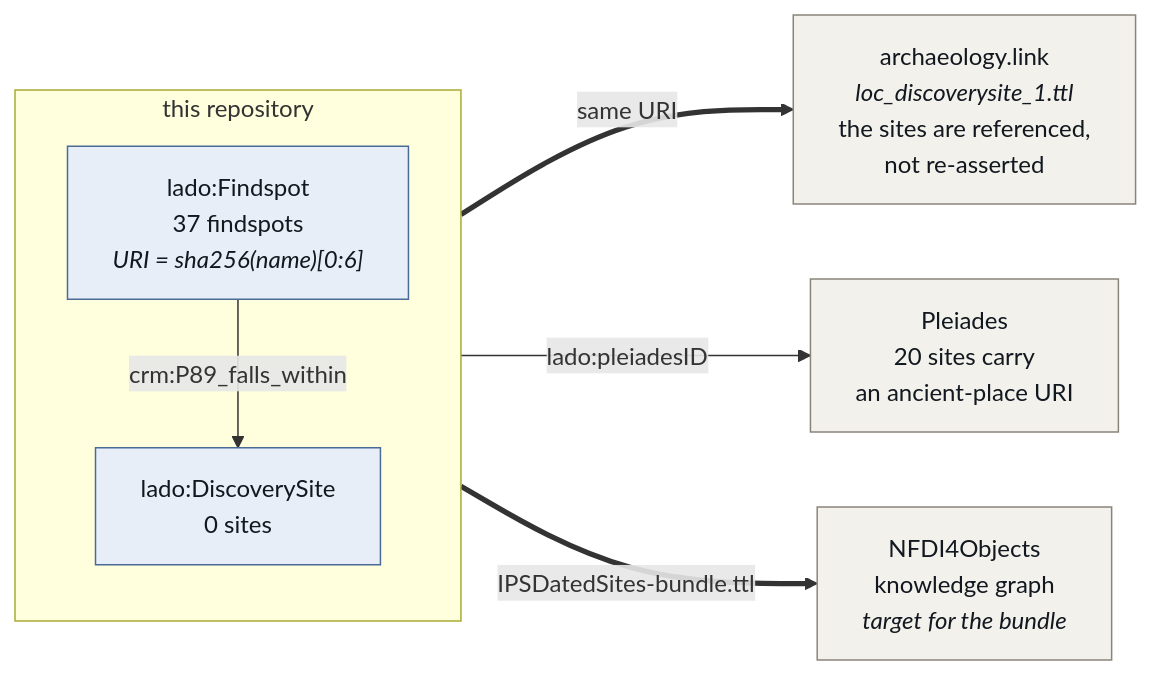
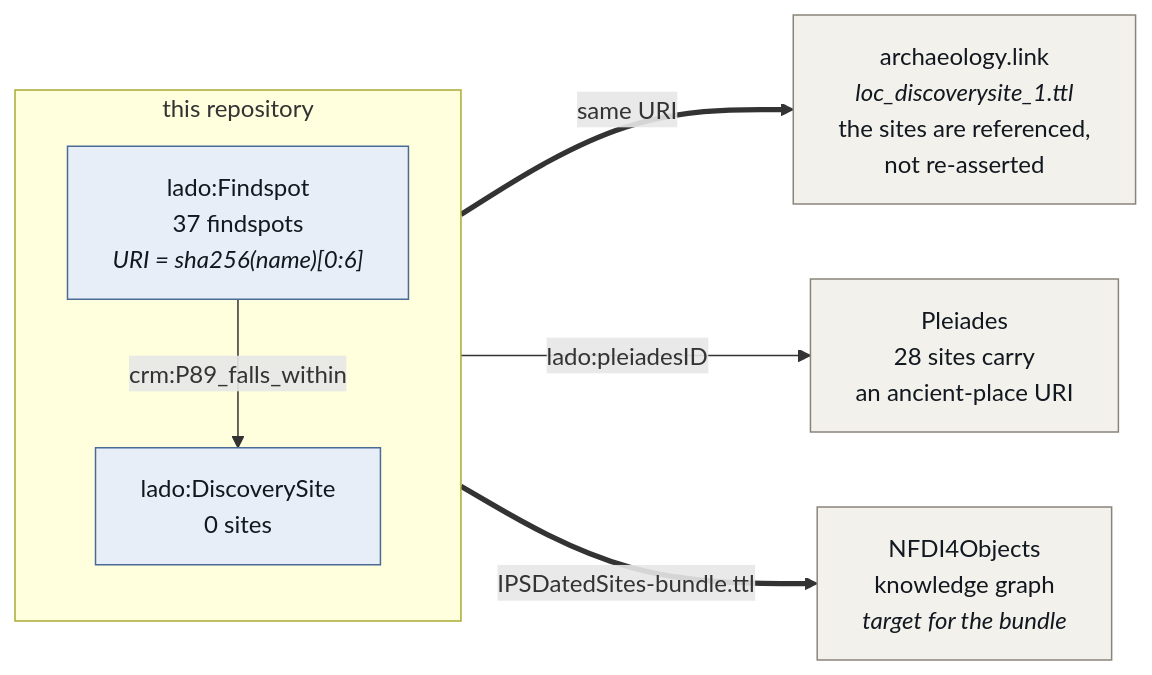
One commit to leiza-rse/IPSDatedSites changed the diagram in docs/diagrams/links.mmd. Above: the diagram before and after it, drawn with Mermaid. The commit also changed 34 other files, not shown here.

```diff
--- a/docs/diagrams/links.mmd
+++ b/docs/diagrams/links.mmd
@@ -1,24 +1,24 @@
 flowchart LR
     subgraph ours["this repository"]
         direction TB
         FS["lado:Findspot<br/>37 findspots<br/><i>URI = sha256(name)[0:6]</i>"]
         DSITE["lado:DiscoverySite<br/>0 sites"]
         FS -->|crm:P89_falls_within| DSITE
     end
 
     AL["archaeology.link<br/><i>loc_discoverysite_1.ttl</i><br/>the sites are referenced,<br/>not re-asserted"]
-    PL["Pleiades<br/>20 sites carry<br/>an ancient-place URI"]
+    PL["Pleiades<br/>28 sites carry<br/>an ancient-place URI"]
     N4O["NFDI4Objects<br/>knowledge graph<br/><i>target for the bundle</i>"]
 
     DSITE ==>|same URI| AL
     DSITE -->|lado:pleiadesID| PL
     ours ==>|IPSDatedSites-bundle.ttl| N4O
 
     class FS,DSITE local
     class AL,PL,N4O ext
 
     classDef local fill:#e8eef7,stroke:#4a6b96,stroke-width:1px,color:#12181f
     classDef crm fill:#efe7f5,stroke:#7a5a96,stroke-width:1px,color:#12181f
     classDef time fill:#e3f2ec,stroke:#3f8a70,stroke-width:1px,color:#12181f
     classDef ext fill:#f3f1ec,stroke:#8a857a,stroke-width:1px,color:#12181f
     classDef io fill:#faf3e3,stroke:#a8872e,stroke-width:1px,color:#12181f
```
